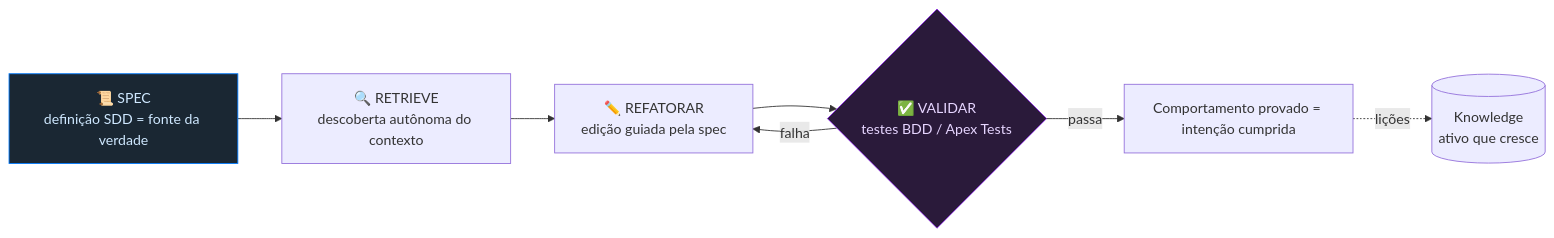
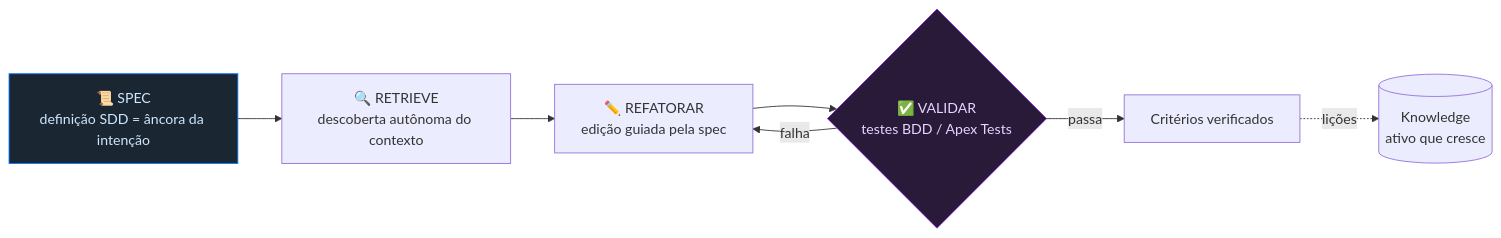
The fifth of 6 diagrams in docs/specs/pages/engenharia-confianca/04_visualizacoes_e_diagramas_mermaid.md (issei/mauricio-site), drawn with Mermaid before and after one commit. The commit also changed other lines of this file and 15 other files, not shown here.

First line of the commit message:
fix(conteudo): alinha engenharia-confianca e apresentacao à spec como âncora da intenção

````diff
--- a/docs/specs/pages/engenharia-confianca/04_visualizacoes_e_diagramas_mermaid.md
+++ b/docs/specs/pages/engenharia-confianca/04_visualizacoes_e_diagramas_mermaid.md
@@ -119,11 +119,11 @@
 ```mermaid
 flowchart LR
-    SPEC[📜 SPEC<br/>definição SDD = fonte da verdade] --> RET[🔍 RETRIEVE<br/>descoberta autônoma do contexto]
+    SPEC[📜 SPEC<br/>definição SDD = âncora da intenção] --> RET[🔍 RETRIEVE<br/>descoberta autônoma do contexto]
     RET --> REF[✏️ REFATORAR<br/>edição guiada pela spec]
     REF --> VAL{✅ VALIDAR<br/>testes BDD / Apex Tests}
     VAL -- falha --> REF
-    VAL -- passa --> DONE[Comportamento provado = intenção cumprida]
+    VAL -- passa --> DONE[Critérios verificados]
     DONE -. lições .-> KN[(Knowledge<br/>ativo que cresce)]
     style SPEC fill:#1a2733,stroke:#007bff,color:#cfe8ff
     style VAL fill:#2a1a3a,stroke:#8a2be2,color:#e6d5ff
 ```
````
